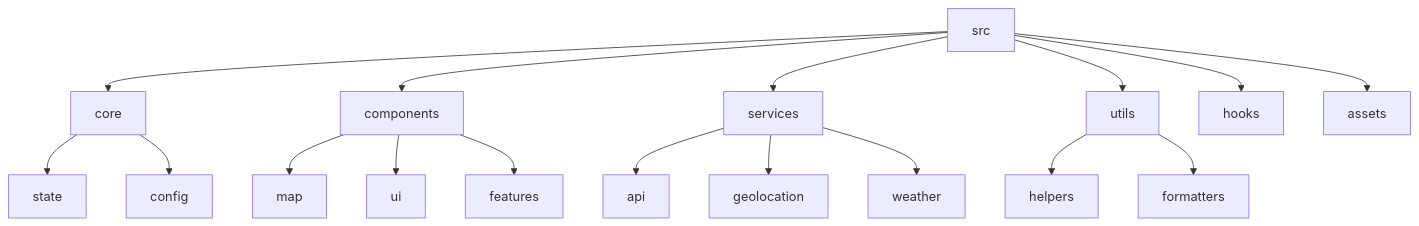
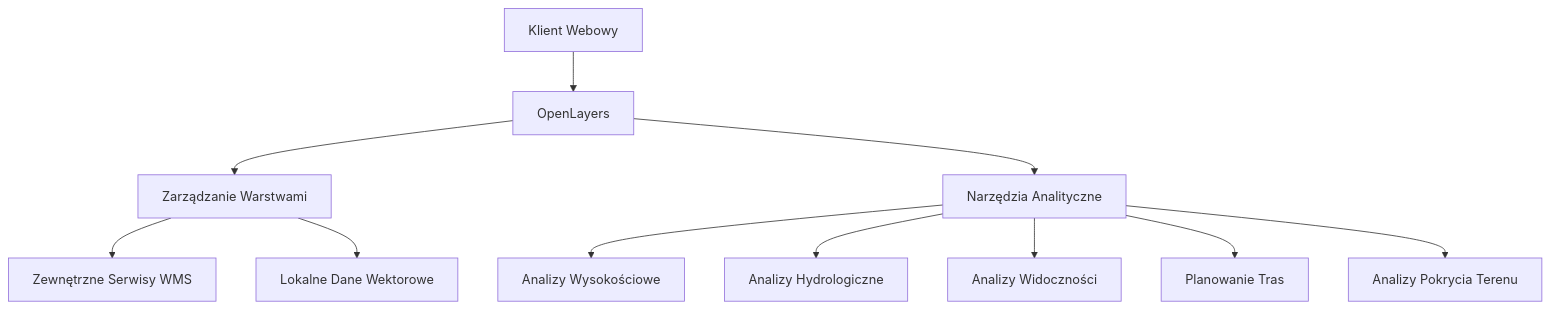
Before and after one commit to pnytko/downview_2.0: the diagram in modernization-plan.md, drawn with Mermaid. The commit also changed other lines of this file and 1 other file, not shown here.

````diff
--- a/modernization-plan.md
+++ b/modernization-plan.md
@@ -6,19 +362,15 @@
 ```mermaid
 graph TD
-    A[src] --> B[core]
-    A --> C[components]
-    A --> D[services]
-    A --> E[utils]
-    A --> F[hooks]
-    A --> G[assets]
-    B --> B1[state]
-    B --> B2[config]
-    C --> C1[map]
-    C --> C2[ui]
-    C --> C3[features]
-    D --> D1[api]
-    D --> D2[geolocation]
-    D --> D3[weather]
-    E --> E1[helpers]
-    E --> E2[formatters]
+    A[Klient Webowy] --> B[OpenLayers]
+    B --> C[Zarządzanie Warstwami]
+    B --> D[Narzędzia Analityczne]
+    
+    C --> E[Zewnętrzne Serwisy WMS]
+    C --> F[Lokalne Dane Wektorowe]
+    
+    D --> G[Analizy Wysokościowe]
+    D --> H[Analizy Hydrologiczne]
+    D --> I[Analizy Widoczności]
+    D --> J[Planowanie Tras]
+    D --> K[Analizy Pokrycia Terenu]
 ```
````
